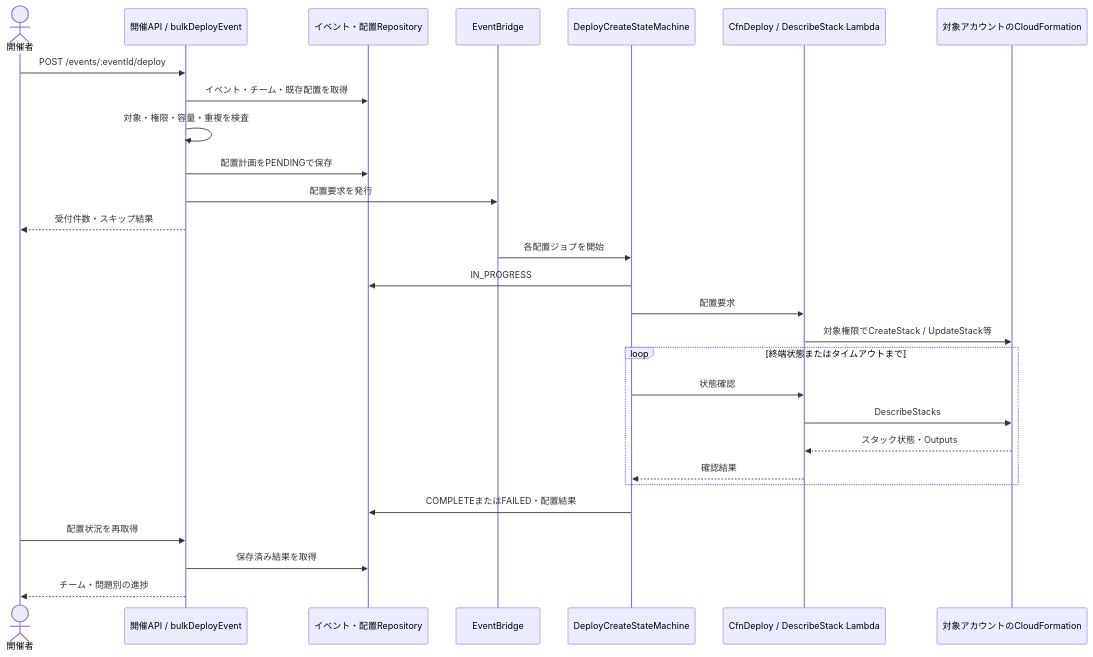
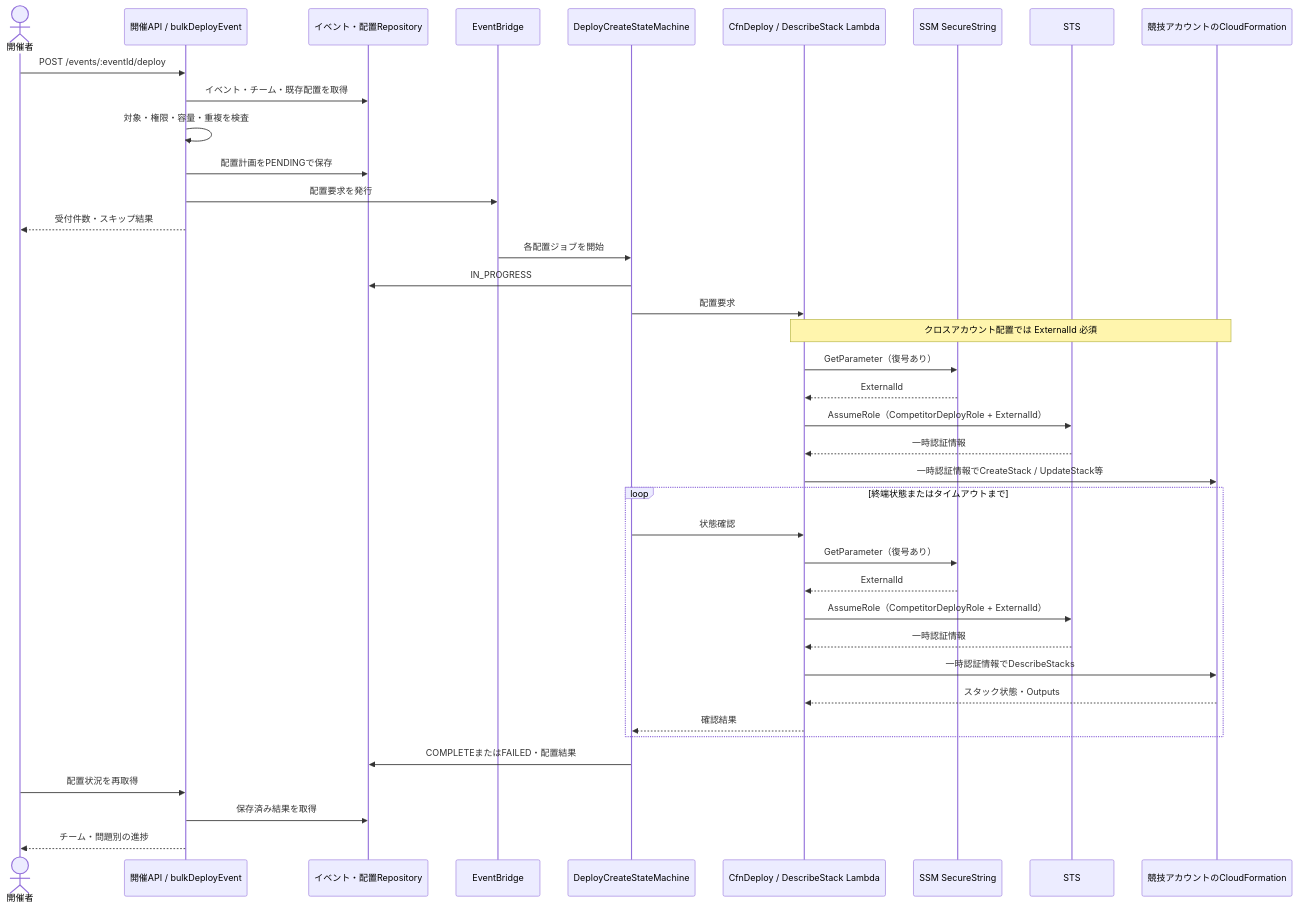
The diagram in docs/architecture/diagrams/problem-deployment.mmd (susumutomita/TenkaCloud), drawn with Mermaid before and after one commit. The commit also changed 12 other files, not shown here.

Commit message:
docs: fix architecture navigation and deployment trust sequence

```diff
--- a/docs/architecture/diagrams/problem-deployment.mmd
+++ b/docs/architecture/diagrams/problem-deployment.mmd
@@ -1,29 +1,40 @@
 sequenceDiagram
   actor Host as 開催者
   participant API as 開催API / bulkDeployEvent
   participant Store as イベント・配置Repository
   participant Bus as EventBridge
   participant SFN as DeployCreateStateMachine
   participant Worker as CfnDeploy / DescribeStack Lambda
-  participant CFN as 対象アカウントのCloudFormation
+  participant SSM as SSM SecureString
+  participant STS as STS
+  participant CFN as 競技アカウントのCloudFormation
 
   Host->>API: POST /events/:eventId/deploy
   API->>Store: イベント・チーム・既存配置を取得
   API->>API: 対象・権限・容量・重複を検査
   API->>Store: 配置計画をPENDINGで保存
   API->>Bus: 配置要求を発行
   API-->>Host: 受付件数・スキップ結果
   Bus->>SFN: 各配置ジョブを開始
   SFN->>Store: IN_PROGRESS
   SFN->>Worker: 配置要求
-  Worker->>CFN: 対象権限でCreateStack / UpdateStack等
+  Note over Worker,CFN: クロスアカウント配置では ExternalId 必須
+  Worker->>SSM: GetParameter（復号あり）
+  SSM-->>Worker: ExternalId
+  Worker->>STS: AssumeRole（CompetitorDeployRole + ExternalId）
+  STS-->>Worker: 一時認証情報
+  Worker->>CFN: 一時認証情報でCreateStack / UpdateStack等
   loop 終端状態またはタイムアウトまで
     SFN->>Worker: 状態確認
-    Worker->>CFN: DescribeStacks
+    Worker->>SSM: GetParameter（復号あり）
+    SSM-->>Worker: ExternalId
+    Worker->>STS: AssumeRole（CompetitorDeployRole + ExternalId）
+    STS-->>Worker: 一時認証情報
+    Worker->>CFN: 一時認証情報でDescribeStacks
     CFN-->>Worker: スタック状態・Outputs
     Worker-->>SFN: 確認結果
   end
   SFN->>Store: COMPLETEまたはFAILED・配置結果
   Host->>API: 配置状況を再取得
   API->>Store: 保存済み結果を取得
   API-->>Host: チーム・問題別の進捗
```
